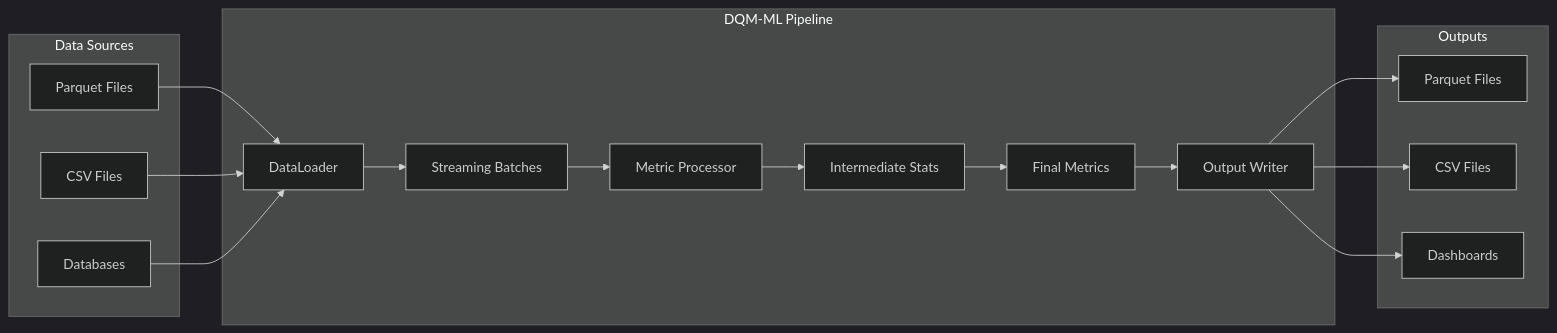
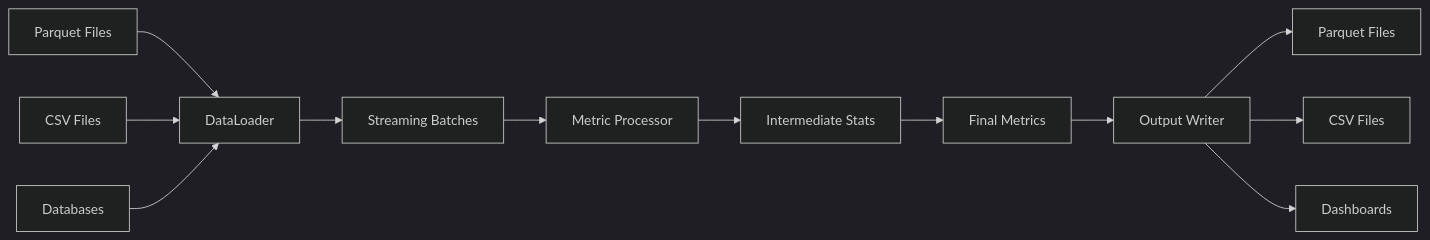
One commit to Safenai/dqm-ml-workspace changed the first of 2 diagrams in README.md. Above: the diagram before and after it, drawn with Mermaid (dark theme). The commit also changed other lines of this file and 14 other files, not shown here.

First line of the commit message:
Add mermaid diagrams and improve documentation content

````diff
--- a/README.md
+++ b/README.md
@@ -206,36 +206,14 @@
 ```mermaid
 flowchart LR
-    subgraph DataSources["Data Sources"]
-        A1[Parquet Files]
-        A2[CSV Files]
-        A3[Databases]
-    end
-    
-    subgraph Pipeline["DQM-ML Pipeline"]
-        B[DataLoader]
-        C[Streaming Batches]
-        D[Metric Processor]
-        E[Intermediate Stats]
-        F[Final Metrics]
-        G[Output Writer]
-    end
-    
-    A1 --> B
-    A2 --> B
-    A3 --> B
-    B --> C
-    C --> D
-    D --> E
-    E --> F
-    F --> G
-    
-    subgraph Outputs["Outputs"]
-        H1[Parquet Files]
-        H2[CSV Files]
-        H3[Dashboards]
-    end
-    
-    G --> H1
-    G --> H2
-    G --> H3
+    A1[Parquet Files] --> B[DataLoader]
+    A2[CSV Files] --> B
+    A3[Databases] --> B
+    B --> C[Streaming Batches]
+    C --> D[Metric Processor]
+    D --> E[Intermediate Stats]
+    E --> F[Final Metrics]
+    F --> G[Output Writer]
+    G --> H1[Parquet Files]
+    G --> H2[CSV Files]
+    G --> H3[Dashboards]
 ```
````
